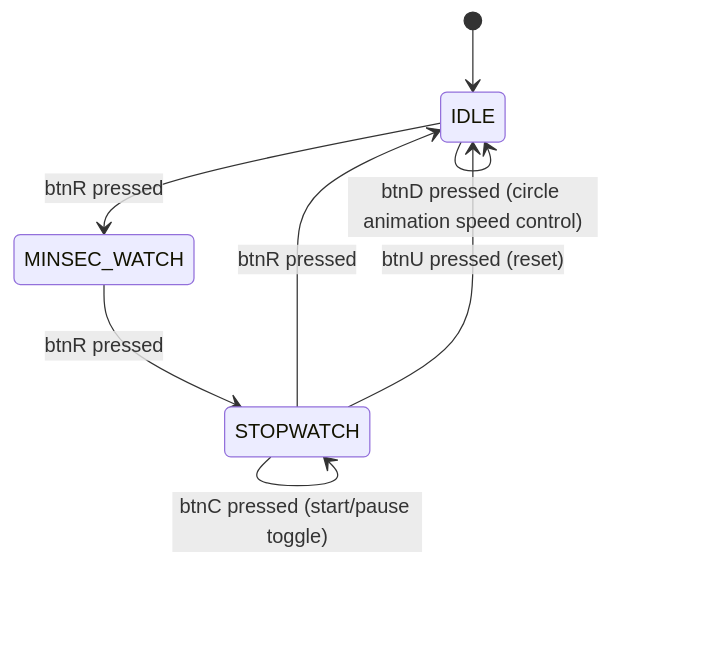
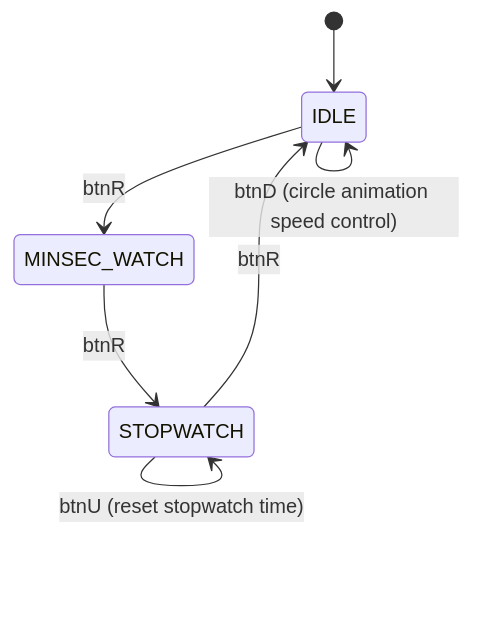
One commit to SE0NGH0/AI_Verilog_HDL changed the fifth of 5 diagrams in 15.BESPOKE/README.md. Above: the diagram before and after it, drawn with Mermaid. The commit also changed other lines of this file, not shown here.

````diff
--- a/15.BESPOKE/README.md
+++ b/15.BESPOKE/README.md
@@ -126,10 +126,10 @@
 ```mermaid
 stateDiagram-v2
     [*] --> IDLE
-    IDLE --> IDLE: btnD pressed (circle animation speed control)
-    IDLE --> MINSEC_WATCH: btnR pressed
-    MINSEC_WATCH --> STOPWATCH: btnR pressed
-    STOPWATCH --> IDLE: btnR pressed
-    STOPWATCH --> STOPWATCH: btnC pressed (start/pause toggle)
-    STOPWATCH --> IDLE: btnU pressed (reset)
+    IDLE --> IDLE: btnD (circle animation speed control)
+    IDLE --> MINSEC_WATCH: btnR
+    MINSEC_WATCH --> STOPWATCH: btnR
+    STOPWATCH --> IDLE: btnR
+    STOPWATCH --> STOPWATCH: btnC (start/pause toggle)
+    STOPWATCH --> STOPWATCH: btnU (reset stopwatch time)
 ```
````
